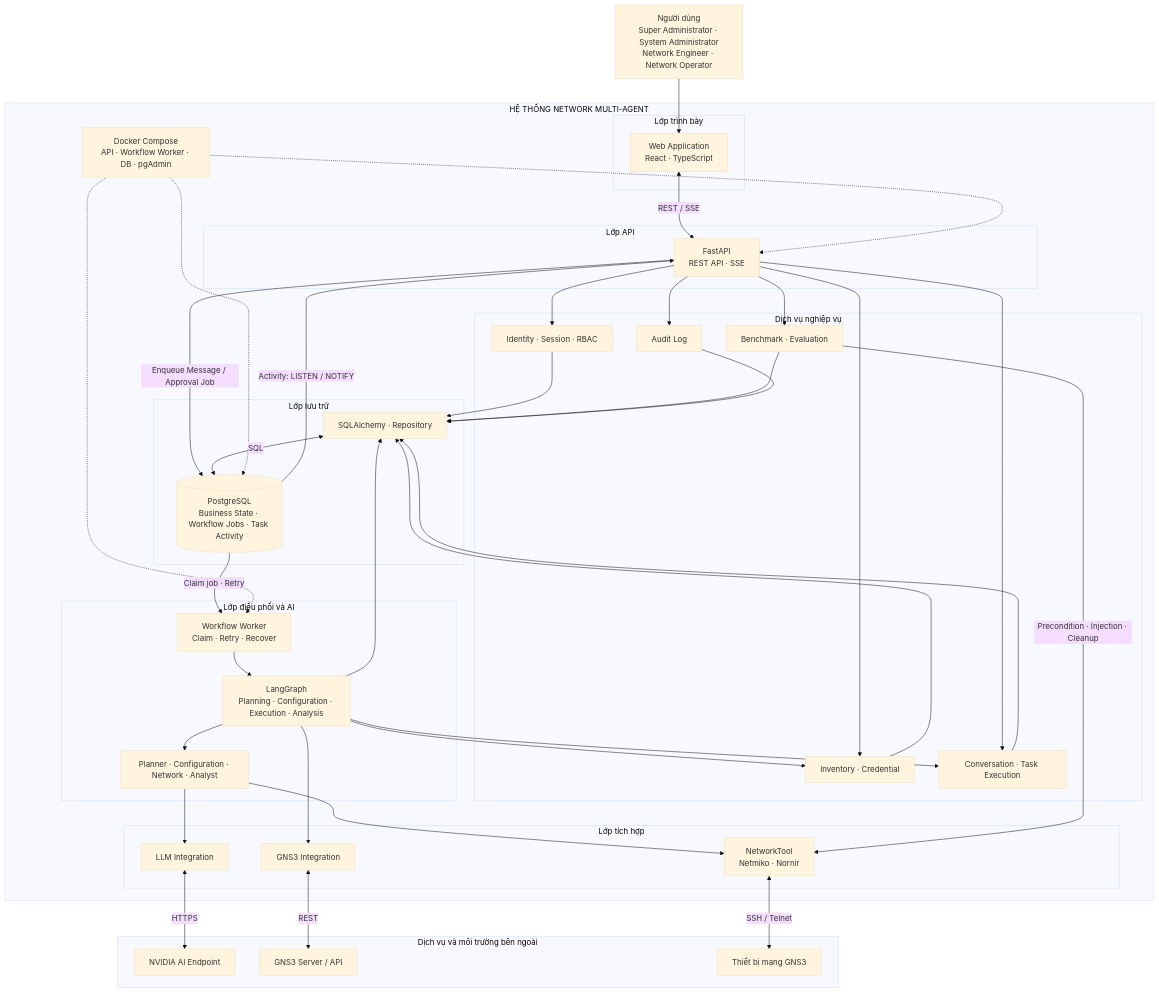
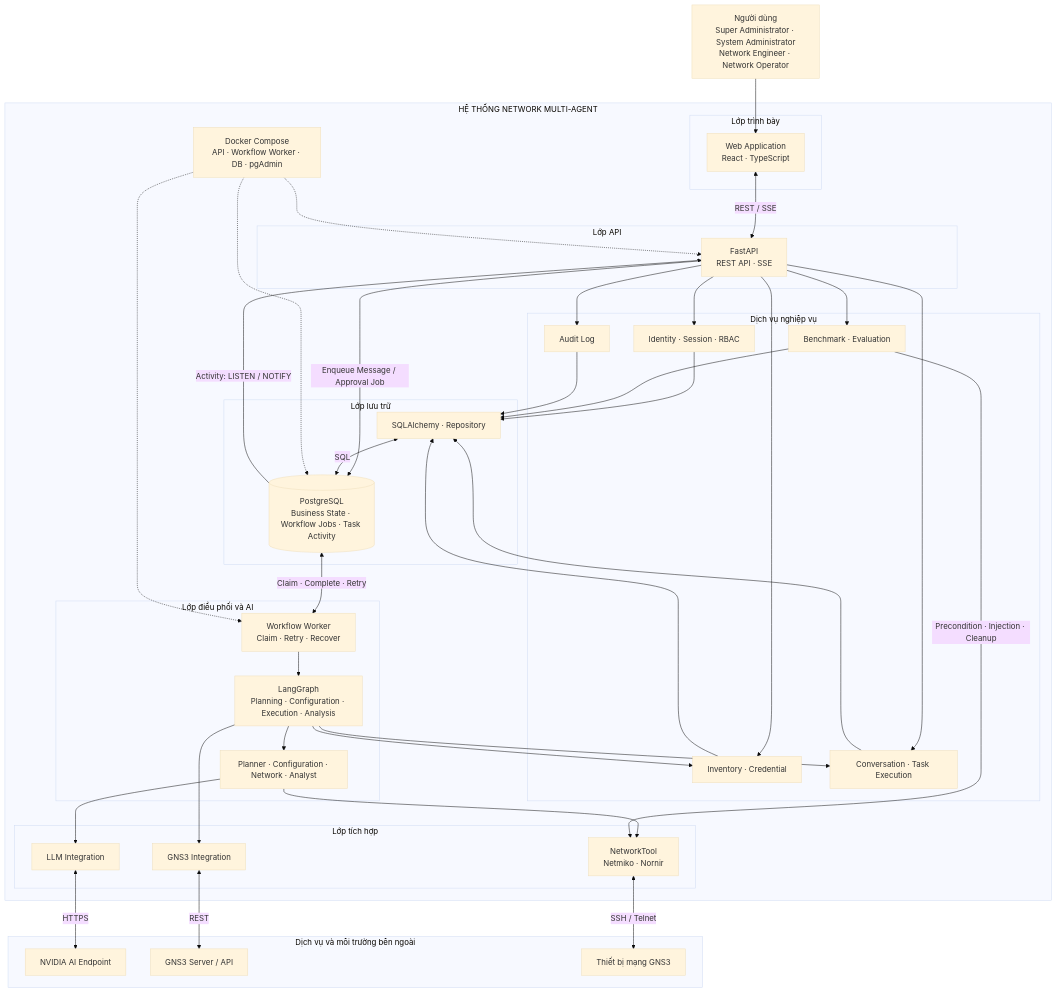
Before and after one commit to mujin0422/network-multi-agent-system-backend: the second of 12 diagrams in docs/reports/report-end-of-term.md, drawn with Mermaid (base theme). The commit also changed other lines of this file, not shown here.

````diff
--- a/docs/reports/report-end-of-term.md
+++ b/docs/reports/report-end-of-term.md
@@ -633,70 +633,69 @@
 ```mermaid
 flowchart TB
     ACTOR["Người dùng<br/>Super Administrator · System Administrator<br/>Network Engineer · Network Operator"]
     subgraph SYSTEM["HỆ THỐNG NETWORK MULTI-AGENT"]
         subgraph PRESENTATION["Lớp trình bày"]
             FE["Web Application<br/>React · TypeScript"]
         end
         subgraph API_LAYER["Lớp API"]
             API["FastAPI<br/>REST API · SSE"]
         end
         subgraph CORE["Dịch vụ nghiệp vụ"]
             IDENTITY["Identity · Session · RBAC"]
             INVENTORY["Inventory · Credential"]
             EXEC_DOMAIN["Conversation · Task Execution"]
             BENCHMARK["Benchmark · Evaluation"]
             AUDIT["Audit Log"]
         end
         subgraph AI["Lớp điều phối và AI"]
             WORKER["Workflow Worker<br/>Claim · Retry · Recover"]
             GRAPH["LangGraph<br/>Planning · Configuration · Execution · Analysis"]
             AGENTS["Planner · Configuration · Network · Analyst"]
         end
         subgraph INTEGRATION["Lớp tích hợp"]
             LLMINT["LLM Integration"]
             GNS3INT["GNS3 Integration"]
             NETINT["NetworkTool<br/>Netmiko · Nornir"]
         end
         subgraph DATA["Lớp lưu trữ"]
             PERSISTENCE["SQLAlchemy · Repository"]
             DB[("PostgreSQL<br/>Business State · Workflow Jobs · Task Activity")]
         end
         DEPLOY["Docker Compose<br/>API · Workflow Worker · DB · pgAdmin"]
     end
     subgraph EXTERNAL["Dịch vụ và môi trường bên ngoài"]
         LLM["NVIDIA AI Endpoint"]
         GNS3["GNS3 Server / API"]
         DEV["Thiết bị mạng GNS3"]
     end
     ACTOR --> FE
     FE <-->|REST / SSE| API
     API --> IDENTITY
     API --> INVENTORY
     API --> EXEC_DOMAIN
     API --> BENCHMARK
     API --> AUDIT
     API -->|"Enqueue Message / Approval Job"| DB
-    DB -->|"Claim job · Retry"| WORKER
+    DB <-->|"Claim · Complete · Retry"| WORKER
     WORKER --> GRAPH
     GRAPH --> AGENTS
     GRAPH --> EXEC_DOMAIN
     GRAPH --> INVENTORY
     GRAPH --> GNS3INT
     AGENTS --> LLMINT
     AGENTS --> NETINT
     BENCHMARK -->|"Precondition · Injection · Cleanup"| NETINT
     IDENTITY --> PERSISTENCE
     INVENTORY --> PERSISTENCE
     EXEC_DOMAIN --> PERSISTENCE
     BENCHMARK --> PERSISTENCE
     AUDIT --> PERSISTENCE
-    GRAPH --> PERSISTENCE
     PERSISTENCE <-->|SQL| DB
     DB -->|"Activity: LISTEN / NOTIFY"| API
     DEPLOY -.-> API
     DEPLOY -.-> WORKER
     DEPLOY -.-> DB
     LLMINT <-->|HTTPS| LLM
     GNS3INT <-->|REST| GNS3
     NETINT <-->|SSH / Telnet| DEV
 ```
````
